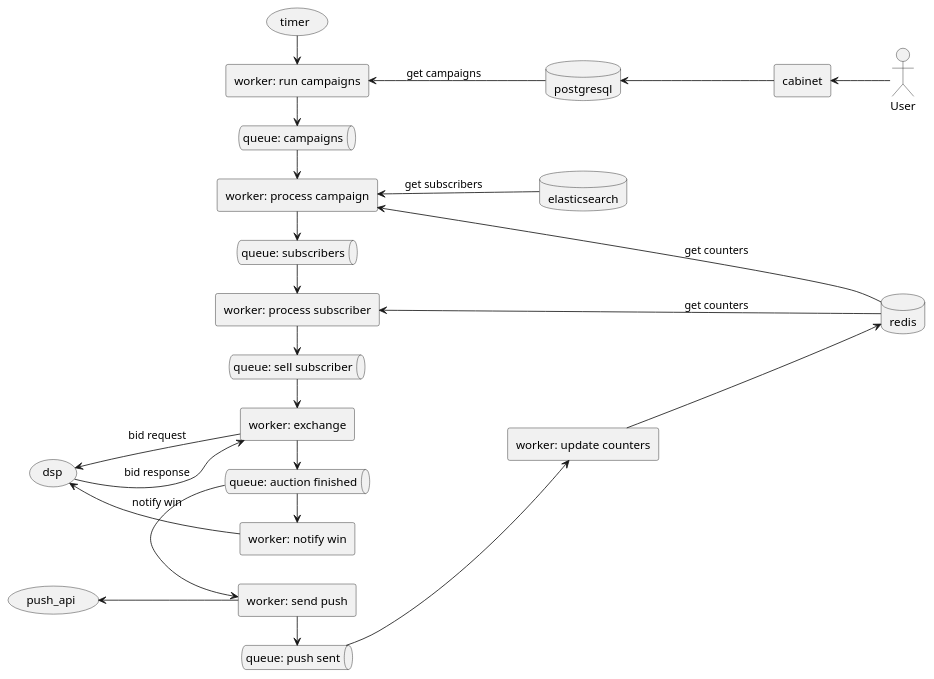
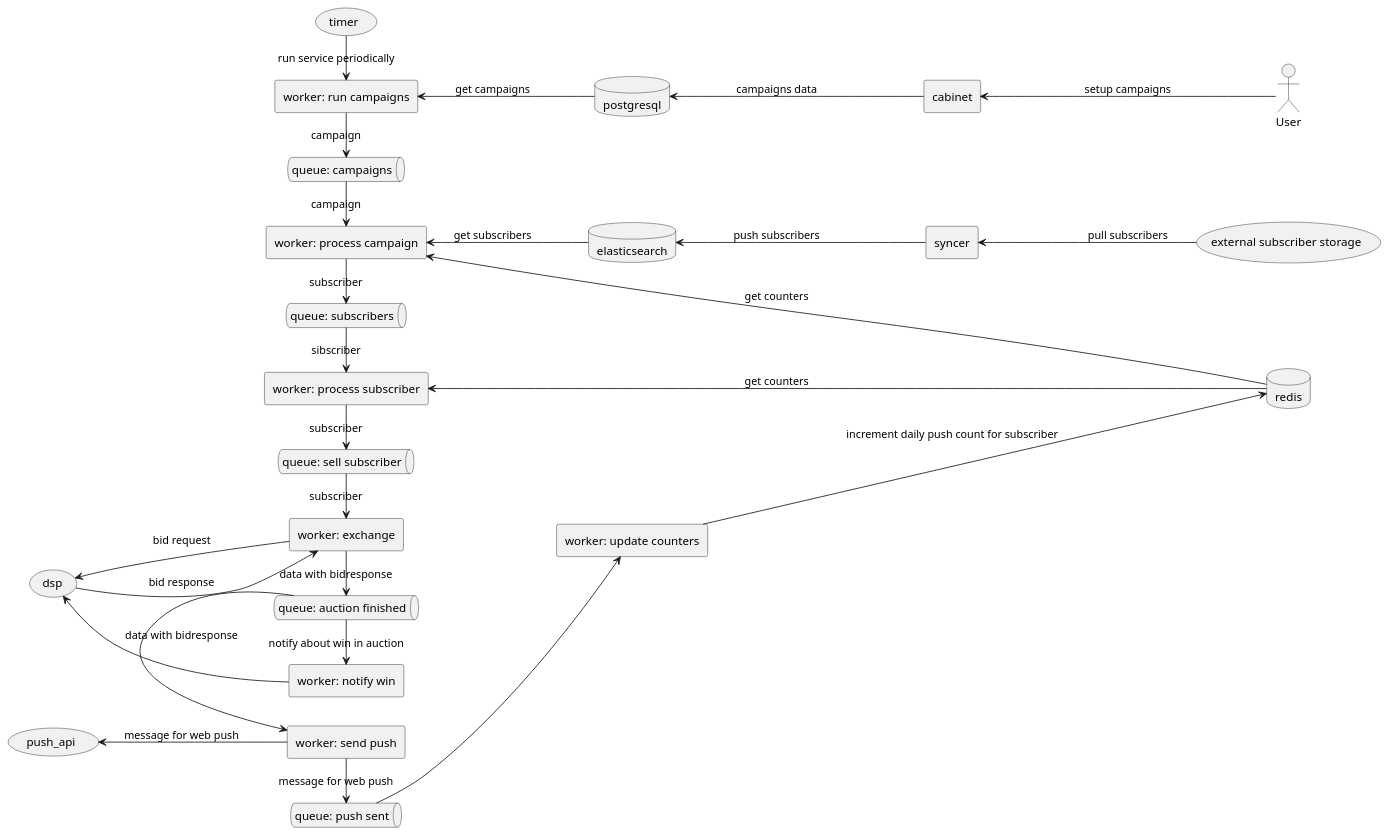
The diagram in diagram.plantuml (bloogrox/ssp-campaigns), drawn with PlantUML before and after one commit.

Commit message:
added syncer, messages

```diff
--- a/diagram.plantuml
+++ b/diagram.plantuml
@@ -1,50 +1,54 @@
 @startuml
 
 left to right direction
 
 queue "queue: campaigns" as campaigns
 queue "queue: subscribers" as subscribers
 queue "queue: sell subscriber" as sell_sub
 queue "queue: auction finished" as auc_fin
 queue "queue: push sent" as push_sent
 rectangle "worker: process campaign" as camp_proc
 rectangle "worker: run campaigns" as camp_run
 rectangle "worker: process subscriber" as sub_proc
+rectangle syncer
 database postgresql as pg
 database elasticsearch as es
 database redis
 rectangle "worker: exchange" as x
 usecase dsp
 rectangle "worker: send push" as send_push
 rectangle "worker: update counters" as counter
 rectangle "worker: notify win" as win
 usecase push_api
 usecase timer
+usecase "external subscriber storage" as ext_sub_stor
 actor User
 rectangle cabinet
 
-timer -> camp_run
-User -up-> cabinet
-cabinet -up-> pg
+User -up-> cabinet: setup campaigns
+cabinet -up-> pg: campaigns data
+ext_sub_stor -up-> syncer: pull subscribers
+syncer -up-> es: push subscribers
+timer -> camp_run: run service periodically
 pg -up-> camp_run: get campaigns
-camp_run -> campaigns
-campaigns -> camp_proc
+camp_run -> campaigns: campaign
+campaigns -> camp_proc: campaign
 es -up-> camp_proc: get subscribers
 redis -up-> camp_proc: get counters
-camp_proc -> subscribers
-subscribers -> sub_proc
+camp_proc -> subscribers: subscriber
+subscribers -> sub_proc: sibscriber
 redis -up-> sub_proc: get counters
-sub_proc -> sell_sub
-sell_sub -> x
+sub_proc -> sell_sub: subscriber
+sell_sub -> x: subscriber
 x -up-> dsp: bid request
 dsp -down-> x: bid response
-x -> auc_fin
-auc_fin -> send_push
-auc_fin -> win
-counter ---> redis
-win -up-> dsp: notify win
-send_push -up-> push_api
-send_push -> push_sent
+x -> auc_fin: data with bidresponse
+auc_fin -> send_push: data with bidresponse
+auc_fin -> win: notify about win in auction
+counter ---> redis: increment daily push count for subscriber
+win -up-> dsp
+send_push -up-> push_api: message for web push
+send_push -> push_sent: message for web push
 push_sent -down-> counter
 
 @enduml
```
